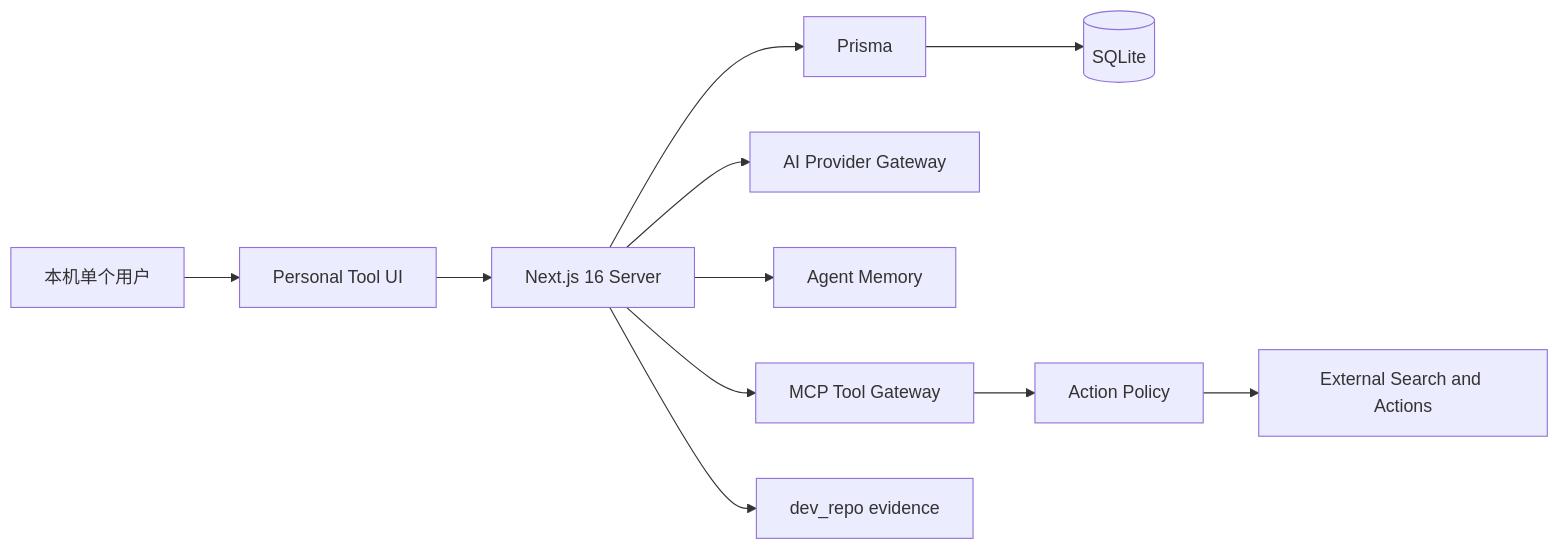
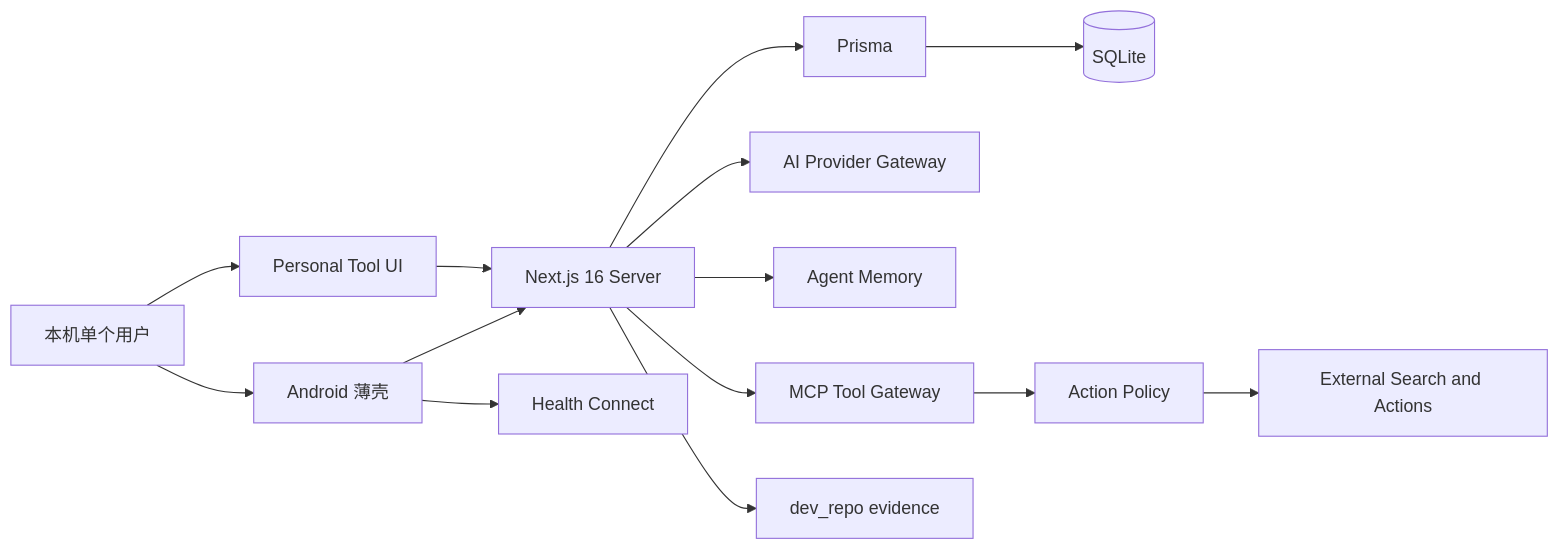
The diagram in dev_repo/architecture/diagrams/context.mmd (lehengzhangJacob/software_train), drawn with Mermaid before and after one commit. The commit also changed 5 other files, not shown here.

Commit message:
docs(arch): ratify android health shell node and ADR-0005

```diff
--- a/dev_repo/architecture/diagrams/context.mmd
+++ b/dev_repo/architecture/diagrams/context.mmd
@@ -1,11 +1,14 @@
 flowchart LR
   user[本机单个用户] --> browser[Personal Tool UI]
   browser --> next[Next.js 16 Server]
+  user --> shell[Android 薄壳]
+  shell --> next
+  shell --> hc[Health Connect]
   next --> prisma[Prisma]
   prisma --> sqlite[(SQLite)]
   next --> ai[AI Provider Gateway]
   next --> memory[Agent Memory]
   next --> mcp[MCP Tool Gateway]
   mcp --> policy[Action Policy]
   policy --> external[External Search and Actions]
   next --> evidence[dev_repo evidence]
```
